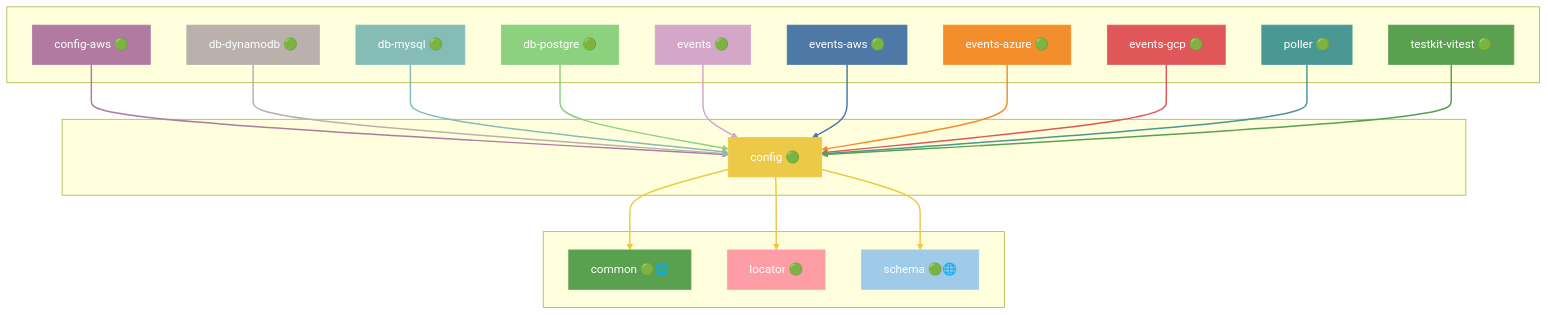
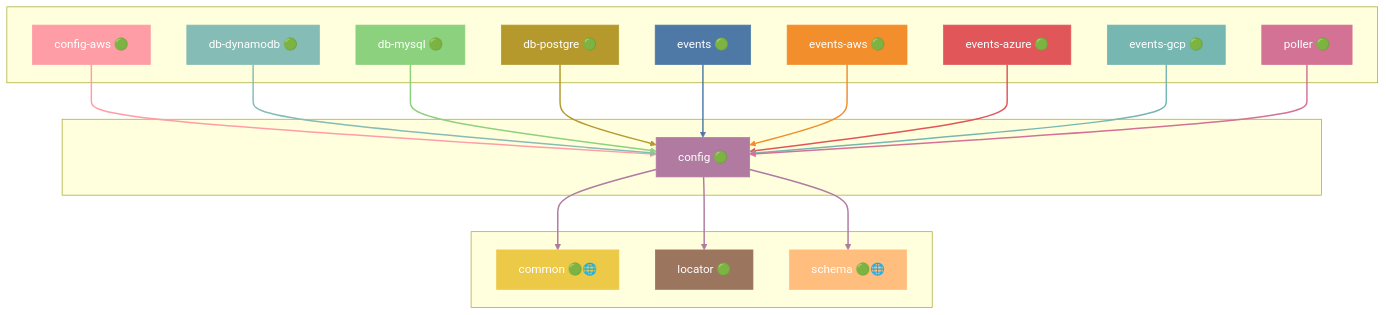
Before and after one commit to grest-ts/grest-ts: the eighth of 46 diagrams in docs/DEPENDENCIES.md, drawn with Mermaid. The commit also changed other lines of this file and 59 other files, not shown here.

````diff
--- a/docs/DEPENDENCIES.md
+++ b/docs/DEPENDENCIES.md
@@ -581,63 +603,59 @@
 ```mermaid
 flowchart TB
     subgraph Dependents[" "]
         config-aws["config-aws 🟢"]
         db-dynamodb["db-dynamodb 🟢"]
         db-mysql["db-mysql 🟢"]
         db-postgre["db-postgre 🟢"]
         events["events 🟢"]
         events-aws["events-aws 🟢"]
         events-azure["events-azure 🟢"]
         events-gcp["events-gcp 🟢"]
         poller["poller 🟢"]
-        testkit-vitest["testkit-vitest 🟢"]
     end
     subgraph Package[" "]
         config["config 🟢"]
     end
     subgraph Dependencies[" "]
         common["common 🟢🌐"]
         locator["locator 🟢"]
         schema["schema 🟢🌐"]
     end
     config-aws --> config
     db-dynamodb --> config
     db-mysql --> config
     db-postgre --> config
     events --> config
     events-aws --> config
     events-azure --> config
     events-gcp --> config
     poller --> config
-    testkit-vitest --> config
     config --> common
     config --> locator
     config --> schema
-    style config fill:#EDC948,stroke:#EDC948,color:#fff
-    style config-aws fill:#B07AA1,stroke:#B07AA1,color:#fff
-    style db-dynamodb fill:#BAB0AC,stroke:#BAB0AC,color:#fff
-    style db-mysql fill:#86BCB6,stroke:#86BCB6,color:#fff
-    style db-postgre fill:#8CD17D,stroke:#8CD17D,color:#fff
-    style events fill:#D4A6C8,stroke:#D4A6C8,color:#fff
-    style events-aws fill:#4E79A7,stroke:#4E79A7,color:#fff
-    style events-azure fill:#F28E2B,stroke:#F28E2B,color:#fff
-    style events-gcp fill:#E15759,stroke:#E15759,color:#fff
-    style poller fill:#499894,stroke:#499894,color:#fff
-    style testkit-vitest fill:#59A14F,stroke:#59A14F,color:#fff
-    style common fill:#59A14F,stroke:#59A14F,color:#fff
-    style locator fill:#FF9DA7,stroke:#FF9DA7,color:#fff
-    style schema fill:#A0CBE8,stroke:#A0CBE8,color:#fff
-    linkStyle 0 stroke:#B07AA1,stroke-width:2px
-    linkStyle 1 stroke:#BAB0AC,stroke-width:2px
-    linkStyle 2 stroke:#86BCB6,stroke-width:2px
-    linkStyle 3 stroke:#8CD17D,stroke-width:2px
-    linkStyle 4 stroke:#D4A6C8,stroke-width:2px
-    linkStyle 5 stroke:#4E79A7,stroke-width:2px
-    linkStyle 6 stroke:#F28E2B,stroke-width:2px
-    linkStyle 7 stroke:#E15759,stroke-width:2px
-    linkStyle 8 stroke:#499894,stroke-width:2px
-    linkStyle 9 stroke:#59A14F,stroke-width:2px
-    linkStyle 10 stroke:#EDC948,stroke-width:2px
-    linkStyle 11 stroke:#EDC948,stroke-width:2px
-    linkStyle 12 stroke:#EDC948,stroke-width:2px
+    style config fill:#B07AA1,stroke:#B07AA1,color:#fff
+    style config-aws fill:#FF9DA7,stroke:#FF9DA7,color:#fff
+    style db-dynamodb fill:#86BCB6,stroke:#86BCB6,color:#fff
+    style db-mysql fill:#8CD17D,stroke:#8CD17D,color:#fff
+    style db-postgre fill:#B6992D,stroke:#B6992D,color:#fff
+    style events fill:#4E79A7,stroke:#4E79A7,color:#fff
+    style events-aws fill:#F28E2B,stroke:#F28E2B,color:#fff
+    style events-azure fill:#E15759,stroke:#E15759,color:#fff
+    style events-gcp fill:#76B7B2,stroke:#76B7B2,color:#fff
+    style poller fill:#D37295,stroke:#D37295,color:#fff
+    style common fill:#EDC948,stroke:#EDC948,color:#fff
+    style locator fill:#9C755F,stroke:#9C755F,color:#fff
+    style schema fill:#FFBE7D,stroke:#FFBE7D,color:#fff
+    linkStyle 0 stroke:#FF9DA7,stroke-width:2px
+    linkStyle 1 stroke:#86BCB6,stroke-width:2px
+    linkStyle 2 stroke:#8CD17D,stroke-width:2px
+    linkStyle 3 stroke:#B6992D,stroke-width:2px
+    linkStyle 4 stroke:#4E79A7,stroke-width:2px
+    linkStyle 5 stroke:#F28E2B,stroke-width:2px
+    linkStyle 6 stroke:#E15759,stroke-width:2px
+    linkStyle 7 stroke:#76B7B2,stroke-width:2px
+    linkStyle 8 stroke:#D37295,stroke-width:2px
+    linkStyle 9 stroke:#B07AA1,stroke-width:2px
+    linkStyle 10 stroke:#B07AA1,stroke-width:2px
+    linkStyle 11 stroke:#B07AA1,stroke-width:2px
 ```
````
